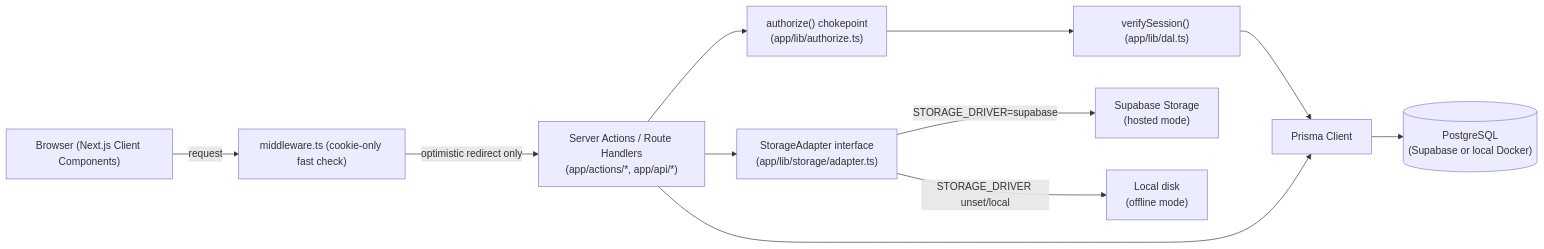
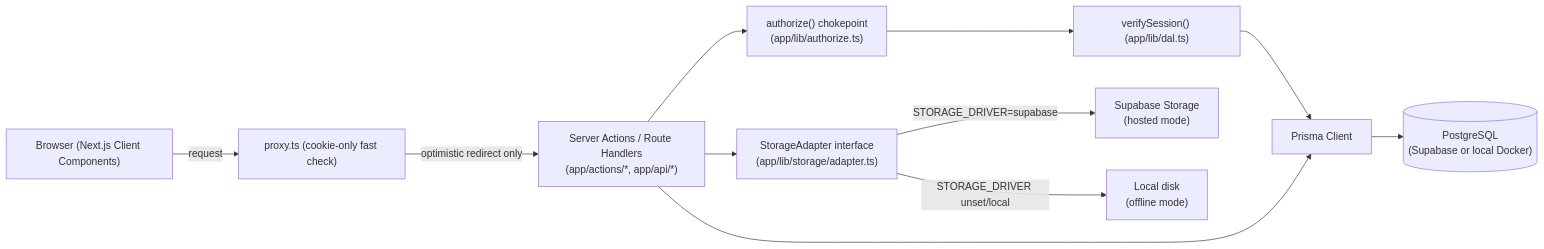
The first of 4 diagrams in README.md (ubairrr/SIH-404-found), drawn with Mermaid before and after one commit. The commit also changed other lines of this file, not shown here.

Commit message:
docs: remove screenshots section, fix proxy.ts and React version references

````diff
--- a/README.md
+++ b/README.md
@@ -140,24 +139,24 @@
 ```mermaid
 flowchart LR
     Browser["Browser (Next.js Client Components)"]
-    Middleware["middleware.ts (cookie-only fast check)"]
+    Middleware["proxy.ts (cookie-only fast check)"]
     ServerActions["Server Actions / Route Handlers\n(app/actions/*, app/api/*)"]
     Authorize["authorize() chokepoint\n(app/lib/authorize.ts)"]
     DAL["verifySession() (app/lib/dal.ts)"]
     Prisma["Prisma Client"]
     Postgres[("PostgreSQL\n(Supabase or local Docker)")]
     StorageAdapter["StorageAdapter interface\n(app/lib/storage/adapter.ts)"]
     Supabase["Supabase Storage\n(hosted mode)"]
     LocalDisk["Local disk\n(offline mode)"]
 
     Browser -->|"request"| Middleware
     Middleware -->|"optimistic redirect only"| ServerActions
     ServerActions --> Authorize
     Authorize --> DAL
     DAL --> Prisma
     ServerActions --> Prisma
     Prisma --> Postgres
     ServerActions --> StorageAdapter
     StorageAdapter -->|"STORAGE_DRIVER=supabase"| Supabase
     StorageAdapter -->|"STORAGE_DRIVER unset/local"| LocalDisk
 ```
````
